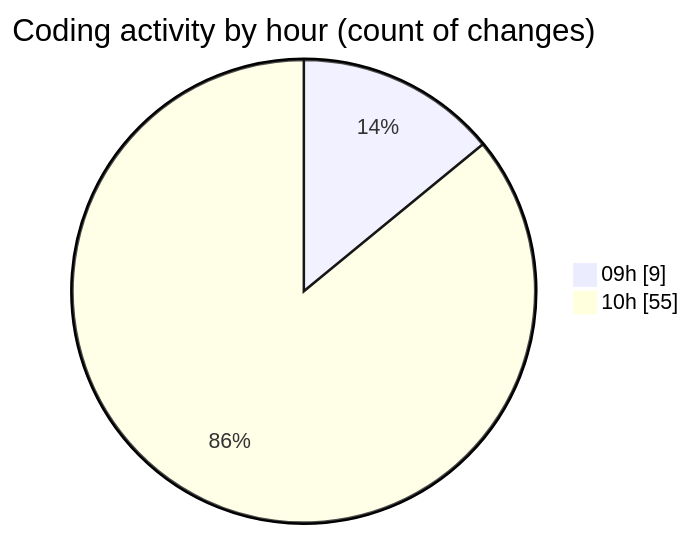
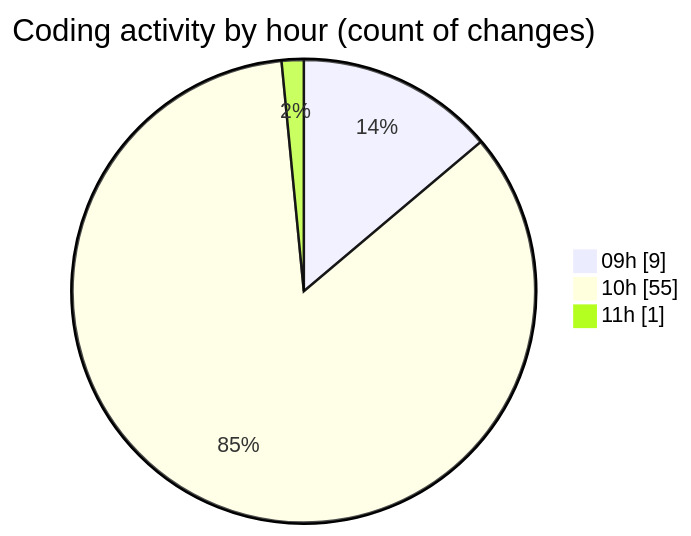
One commit to robertbonfada/code-tracking changed the second of 2 diagrams in 2025-03-04/termonied_testador/README.md. Above: the diagram before and after it, drawn with Mermaid. The commit also changed other lines of this file and 1 other file, not shown here.

````diff
--- a/2025-03-04/termonied_testador/README.md
+++ b/2025-03-04/termonied_testador/README.md
@@ -35,6 +37,7 @@
 ```mermaid
 pie showData
 title Coding activity by hour (count of changes)
 "09h" : 9
 "10h" : 55
+"11h" : 1
 ```
````
